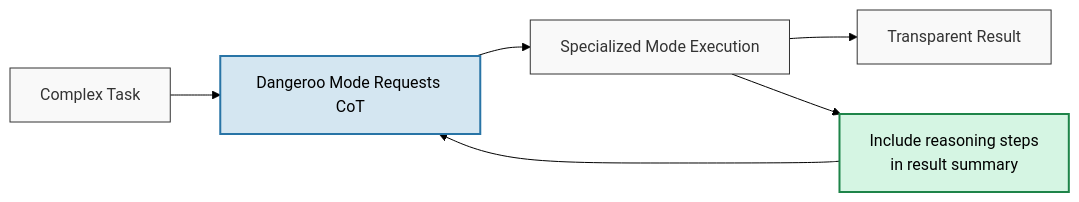
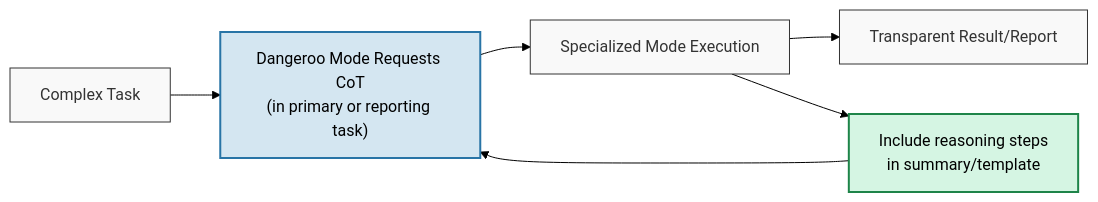
Before and after one commit to darrynv/dangeroo: the third of 5 diagrams in README.md, drawn with Mermaid (forest theme). The commit also changed other lines of this file and 4 other files, not shown here.

Commit message:
Added in roo-logger, updated Dangeroo (Boomerang) mode with calls in specific instructions to check for DEBUG_MODE=TRUE in ./roo-docs/.env to then invoke logging of tasks

````diff
--- a/README.md
+++ b/README.md
@@ -197,16 +236,16 @@
-```mermaid
-flowchart LR
-    A["Complex Task"] --> B["Dangeroo Mode Requests CoT"]
-    B --> C["Specialized Mode Execution"]
-    C --> D["Transparent Result"]
-    
-    C --> E["Include reasoning steps\nin result summary"]
-    E --> B
-    
-    classDef default fill:#f9f9f9,stroke:#333,stroke-width:1px,color:#333
-    classDef focus fill:#d4e6f1,stroke:#2874a6,stroke-width:2px,color:#000
-    classDef reasoning fill:#d5f5e3,stroke:#1e8449,stroke-width:2px,color:#000
-    
-    class B focus
-    class E reasoning
-```
+    ```mermaid
+    flowchart LR
+        A["Complex Task"] --> B["Dangeroo Mode Requests CoT\n(in primary or reporting task)"]
+        B --> C["Specialized Mode Execution"]
+        C --> D["Transparent Result/Report"]
+
+        C --> E["Include reasoning steps\nin summary/template"]
+        E --> B
+
+        classDef default fill:#f9f9f9,stroke:#333,stroke-width:1px,color:#333
+        classDef focus fill:#d4e6f1,stroke:#2874a6,stroke-width:2px,color:#000
+        classDef reasoning fill:#d5f5e3,stroke:#1e8449,stroke-width:2px,color:#000
+
+        class B focus
+        class E reasoning
+    ```
````
